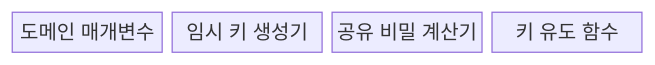
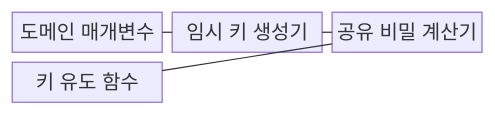
Before and after one commit to agnusdei1207/knowledge-base: the first of 2 diagrams in src/content/docs/notes/05-security/005_diffie_hellman_key_exchange.md, drawn with Mermaid. The commit also changed other lines of this file and 151 other files, not shown here.

````diff
--- a/src/content/docs/notes/05-security/005_diffie_hellman_key_exchange.md
+++ b/src/content/docs/notes/05-security/005_diffie_hellman_key_exchange.md
@@ -63,8 +63,11 @@
 ```mermaid
 block-beta
-    columns 4
+    columns 3
     P["도메인 매개변수"]
     G["임시 키 생성기"]
     S["공유 비밀 계산기"]
     K["키 유도 함수"]
+    P --- G
+    G --- S
+    S --- K
 ```
````
